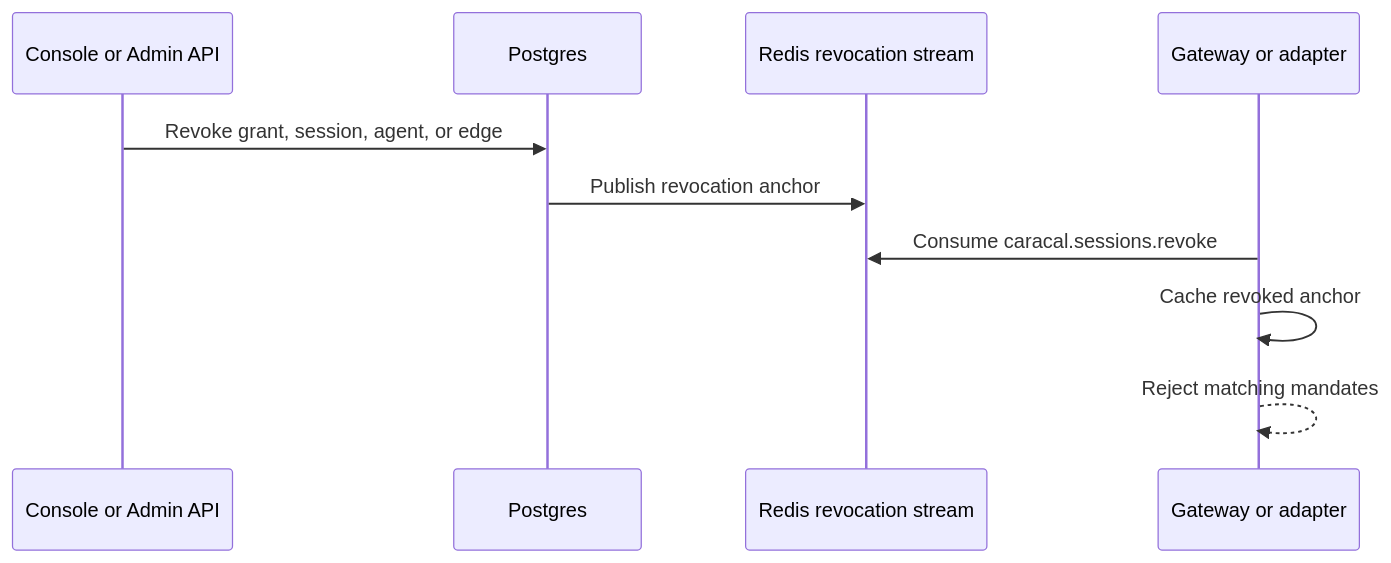
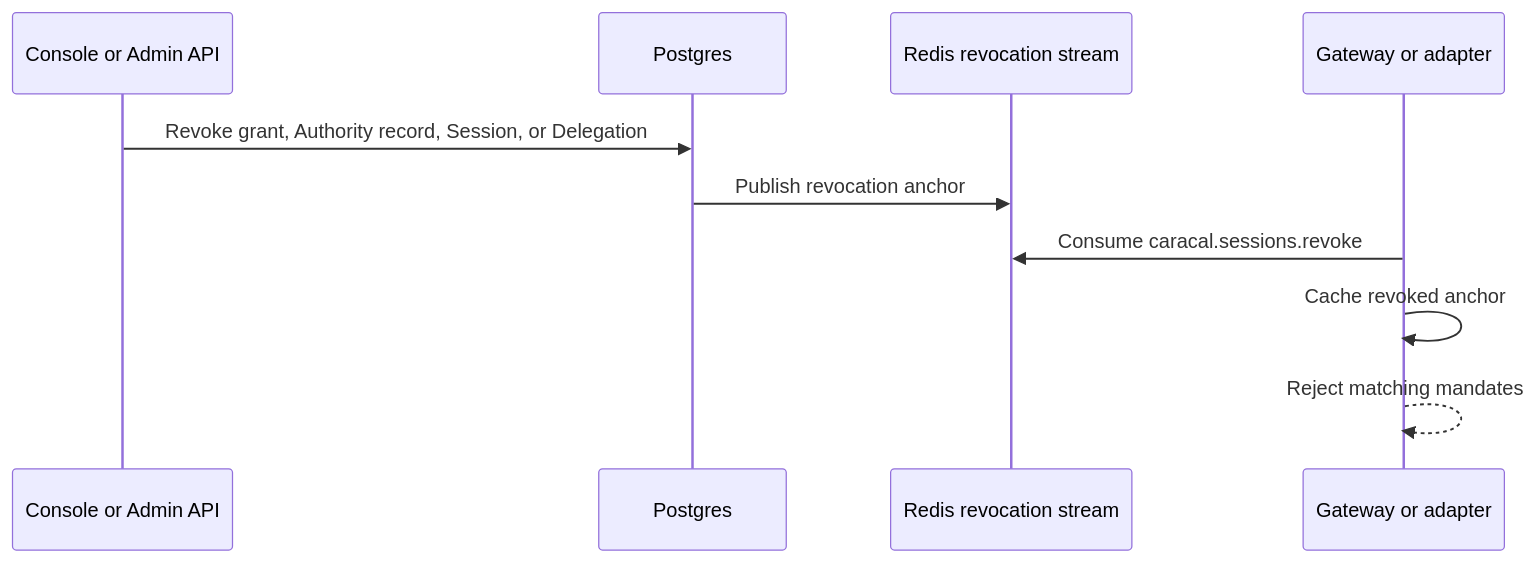
The diagram in docs/src/content/docs/concepts/sessions-revocation.mdx (Garudex-Labs/caracal), drawn with Mermaid before and after one commit. The commit also changed other lines of this file and 13 other files, not shown here.

First line of the commit message:
Refactor documentation to replace "Agent" with "Session" for consistency and clarity

````diff
--- a/docs/src/content/docs/concepts/sessions-revocation.mdx
+++ b/docs/src/content/docs/concepts/sessions-revocation.mdx
@@ -35,13 +38,13 @@
 ```mermaid
 sequenceDiagram
   participant Control as Console or Admin API
   participant Store as Postgres
   participant Stream as Redis revocation stream
   participant Resource as Gateway or adapter
 
-  Control->>Store: Revoke grant, session, agent, or edge
+  Control->>Store: Revoke grant, Authority record, Session, or Delegation
   Store->>Stream: Publish revocation anchor
   Resource->>Stream: Consume caracal.sessions.revoke
   Resource->>Resource: Cache revoked anchor
   Resource-->>Resource: Reject matching mandates
 ```
````
